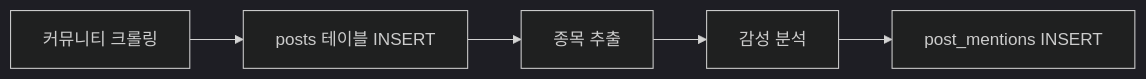
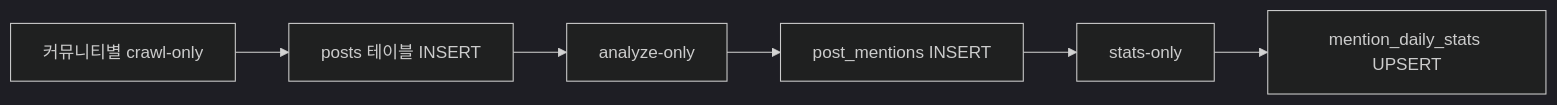
Before and after one commit to suyeongpark/human-index: the second of 3 diagrams in docs/project-structure.md, drawn with Mermaid (dark theme). The commit also changed other lines of this file and 5 other files, not shown here.

````diff
--- a/docs/project-structure.md
+++ b/docs/project-structure.md
@@ -218,7 +230,8 @@
 ```mermaid
 flowchart LR
-    A[커뮤니티 크롤링] --> B[posts 테이블 INSERT]
-    B --> C[종목 추출]
-    C --> D[감성 분석]
-    D --> E[post_mentions INSERT]
+    A[커뮤니티별 crawl-only] --> B[posts 테이블 INSERT]
+    B --> C[analyze-only]
+    C --> D[post_mentions INSERT]
+    D --> E[stats-only]
+    E --> F[mention_daily_stats UPSERT]
 ```
````
